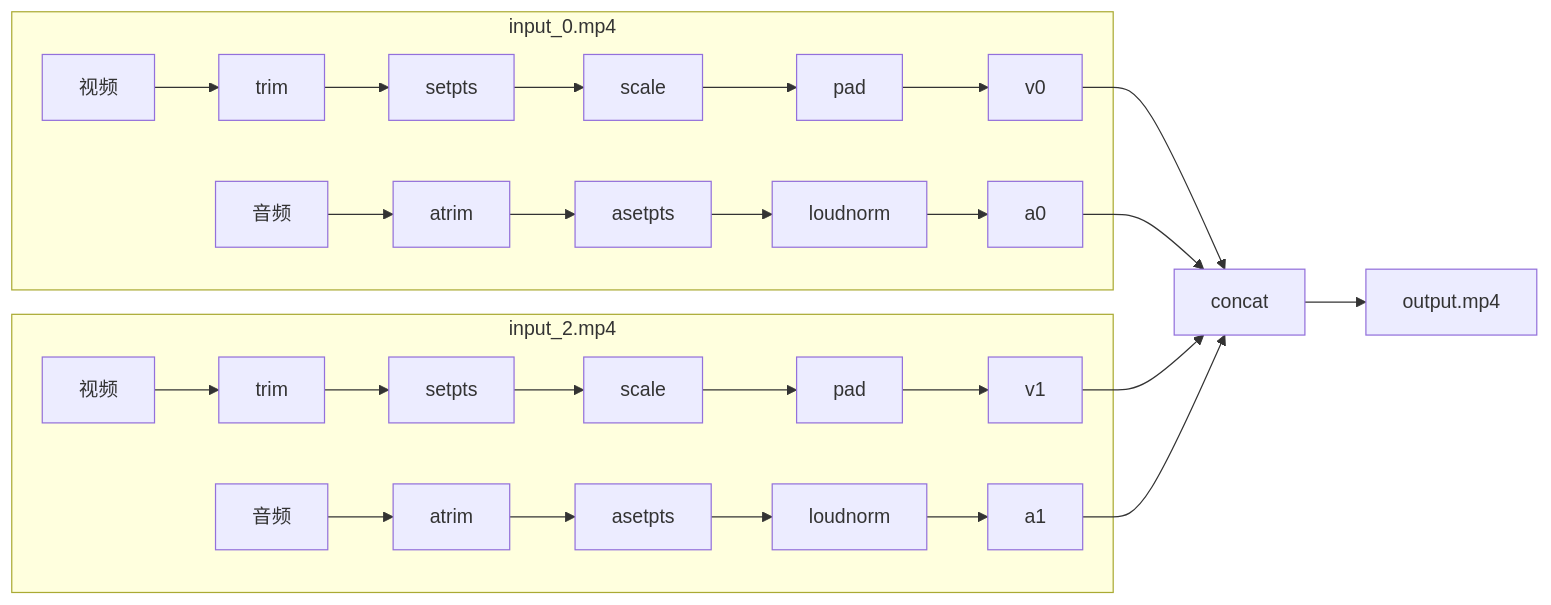
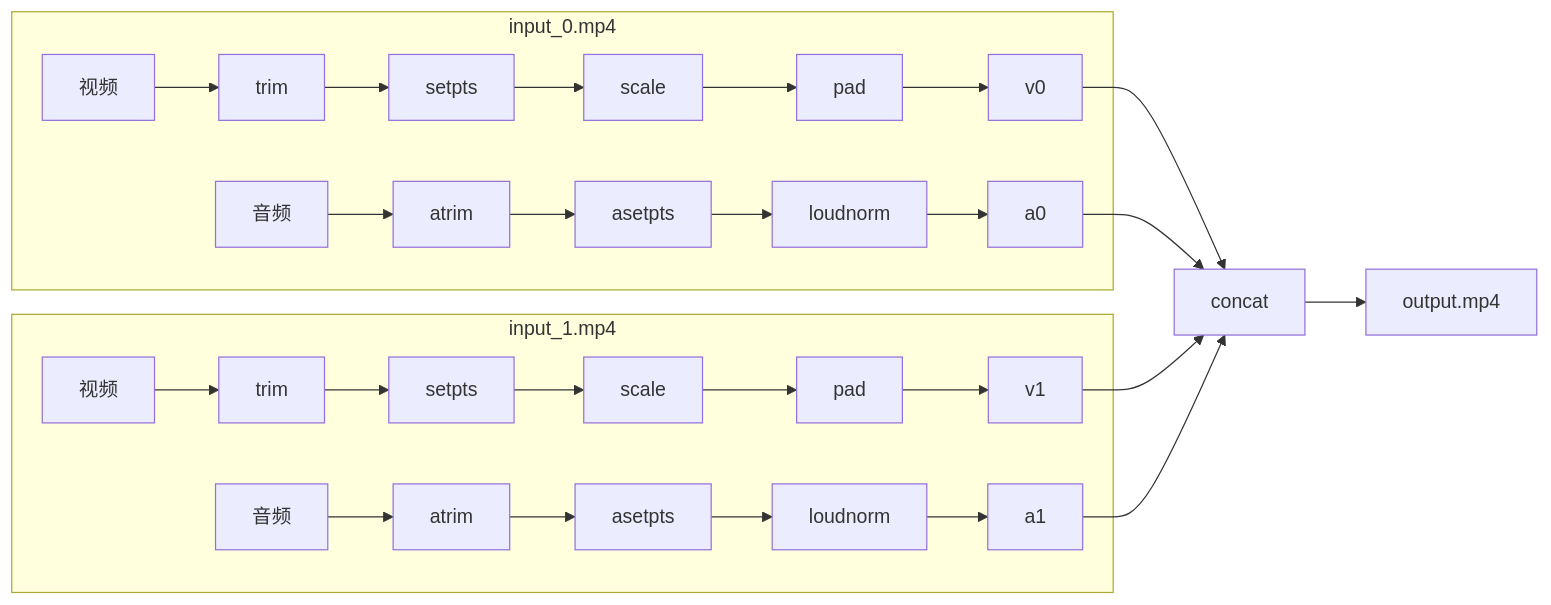
Before and after one commit to IvoryGate/oh-my-wiki: the eighth of 8 diagrams in workspace/Doing/ffmpeg视频剪辑入门.md, drawn with Mermaid. The commit also changed other lines of this file, not shown here.

````diff
--- a/workspace/Doing/ffmpeg视频剪辑入门.md
+++ b/workspace/Doing/ffmpeg视频剪辑入门.md
@@ -909,30 +910,30 @@
 ```mermaid
 graph LR
     subgraph Input0[input_0.mp4]
         V0[视频] --> V0t[trim]
         V0t --> V0s[setpts]
         V0s --> V0sc[scale]
         V0sc --> V0p[pad]
         V0p --> v0[v0]
         A0[音频] --> A0t[atrim]
         A0t --> A0s[asetpts]
         A0s --> A0l[loudnorm]
         A0l --> a0[a0]
     end
-    subgraph Input1[input_2.mp4]
+    subgraph Input1[input_1.mp4]
         V1[视频] --> V1t[trim]
         V1t --> V1s[setpts]
         V1s --> V1sc[scale]
         V1sc --> V1p[pad]
         V1p --> v1[v1]
         A1[音频] --> A1t[atrim]
         A1t --> A1s[asetpts]
         A1s --> A1l[loudnorm]
         A1l --> a1[a1]
     end
     v0 --> Concat[concat]
     a0 --> Concat
     v1 --> Concat
     a1 --> Concat
     Concat --> Output[output.mp4]
 ```
````
